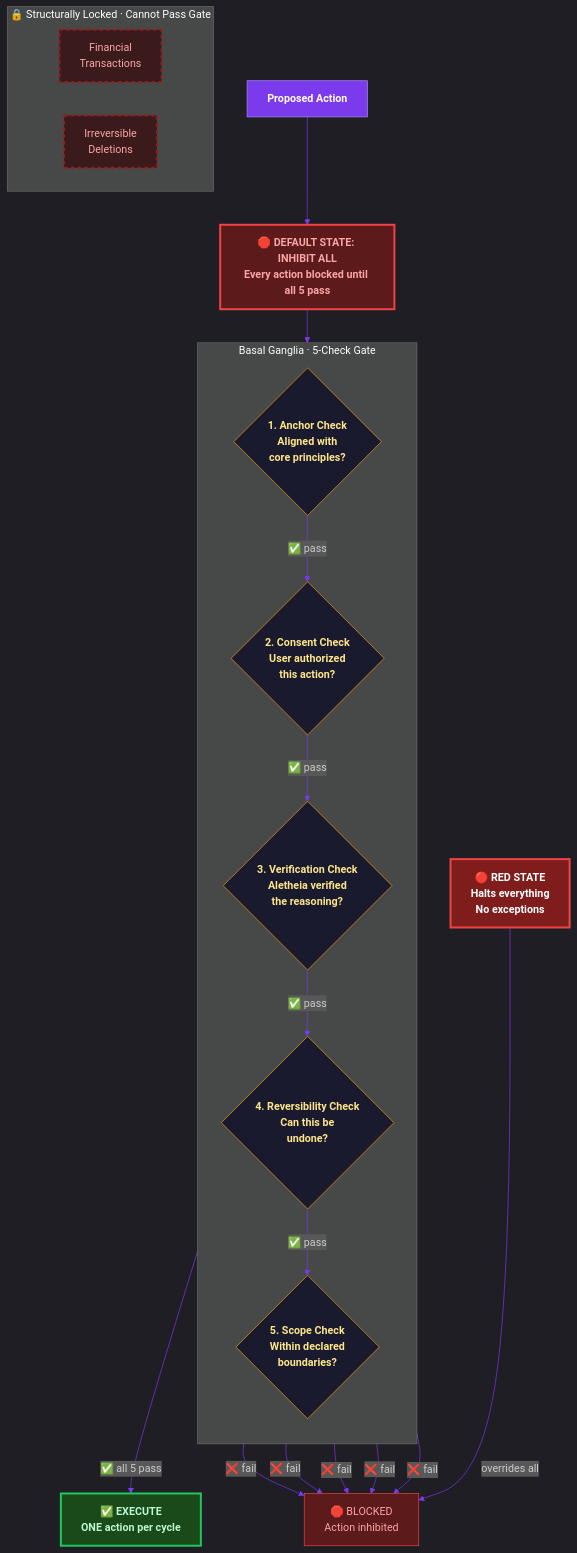
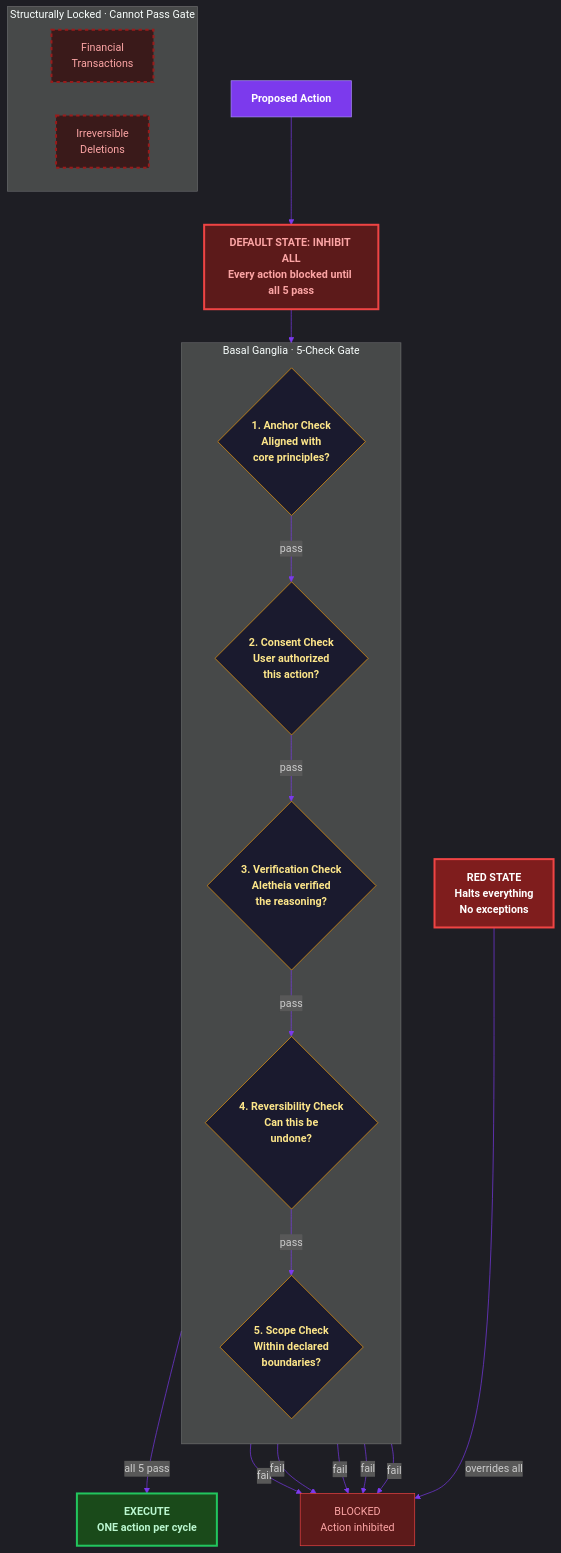
The fifth of 7 diagrams in README.md (JosephOIbrahim/Harlo), drawn with Mermaid before and after one commit. The commit also changed other lines of this file, not shown here.

````diff
--- a/README.md
+++ b/README.md
@@ -419,53 +422,53 @@
 ```mermaid
 %%{init: {'theme': 'dark', 'themeVariables': {'primaryColor': '#1a1a2e', 'primaryTextColor': '#e0e0e0', 'primaryBorderColor': '#7c3aed', 'lineColor': '#7c3aed'}}}%%
 graph TB
     ACTION["Proposed Action"]:::input
 
-    DEFAULT["🛑 DEFAULT STATE: INHIBIT ALL\nEvery action blocked until all 5 pass"]:::inhibit
+    DEFAULT["DEFAULT STATE: INHIBIT ALL\nEvery action blocked until all 5 pass"]:::inhibit
 
     ACTION --> DEFAULT
 
     subgraph CHECKS["Basal Ganglia · 5-Check Gate"]
         direction TB
         C1{"1. Anchor Check\nAligned with\ncore principles?"}:::check
         C2{"2. Consent Check\nUser authorized\nthis action?"}:::check
         C3{"3. Verification Check\nAletheia verified\nthe reasoning?"}:::check
         C4{"4. Reversibility Check\nCan this be\nundone?"}:::check
         C5{"5. Scope Check\nWithin declared\nboundaries?"}:::check
 
-        C1 -->|"✅ pass"| C2
-        C2 -->|"✅ pass"| C3
-        C3 -->|"✅ pass"| C4
-        C4 -->|"✅ pass"| C5
+        C1 -->|"pass"| C2
+        C2 -->|"pass"| C3
+        C3 -->|"pass"| C4
+        C4 -->|"pass"| C5
     end
 
     DEFAULT --> C1
 
-    EXECUTE["✅ EXECUTE\nONE action per cycle"]:::pass
-    C5 -->|"✅ all 5 pass"| EXECUTE
+    EXECUTE["EXECUTE\nONE action per cycle"]:::pass
+    C5 -->|"all 5 pass"| EXECUTE
 
-    BLOCK["🛑 BLOCKED\nAction inhibited"]:::fail
-    C1 -->|"❌ fail"| BLOCK
-    C2 -->|"❌ fail"| BLOCK
-    C3 -->|"❌ fail"| BLOCK
-    C4 -->|"❌ fail"| BLOCK
-    C5 -->|"❌ fail"| BLOCK
+    BLOCK["BLOCKED\nAction inhibited"]:::fail
+    C1 -->|"fail"| BLOCK
+    C2 -->|"fail"| BLOCK
+    C3 -->|"fail"| BLOCK
+    C4 -->|"fail"| BLOCK
+    C5 -->|"fail"| BLOCK
 
-    subgraph STRUCTURAL_LOCKS["🔒 Structurally Locked · Cannot Pass Gate"]
+    subgraph STRUCTURAL_LOCKS["Structurally Locked · Cannot Pass Gate"]
         direction LR
         FINANCIAL["Financial\nTransactions"]:::locked
         IRREVERSIBLE["Irreversible\nDeletions"]:::locked
     end
 
-    RED["🔴 RED STATE\nHalts everything\nNo exceptions"]:::red
+    RED["RED STATE\nHalts everything\nNo exceptions"]:::red
 
     RED -->|"overrides all"| BLOCK
 
     classDef input fill:#7c3aed,stroke:#a78bfa,color:#fff,font-weight:bold
     classDef inhibit fill:#5c1a1a,stroke:#ef4444,color:#fca5a5,font-weight:bold,stroke-width:3px
     classDef check fill:#1a1a2e,stroke:#f59e0b,color:#fde68a,font-weight:bold
     classDef pass fill:#1a4a1a,stroke:#22c55e,color:#bbf7d0,font-weight:bold,stroke-width:3px
     classDef fail fill:#5c1a1a,stroke:#ef4444,color:#fca5a5
     classDef locked fill:#3a1a1a,stroke:#991b1b,color:#fca5a5,stroke-width:3px,stroke-dasharray: 5 5
     classDef red fill:#7f1d1d,stroke:#ef4444,color:#fff,font-weight:bold,stroke-width:3px
 ```
````
